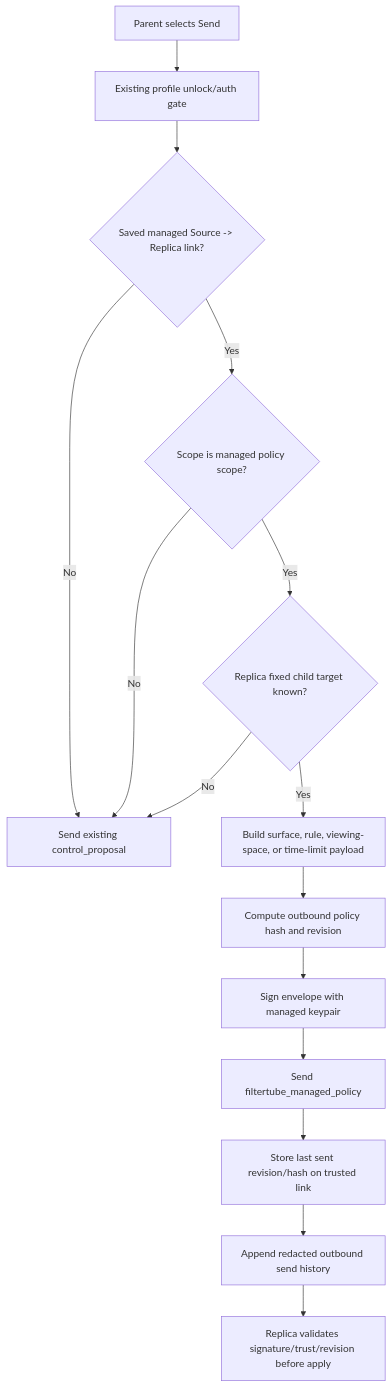
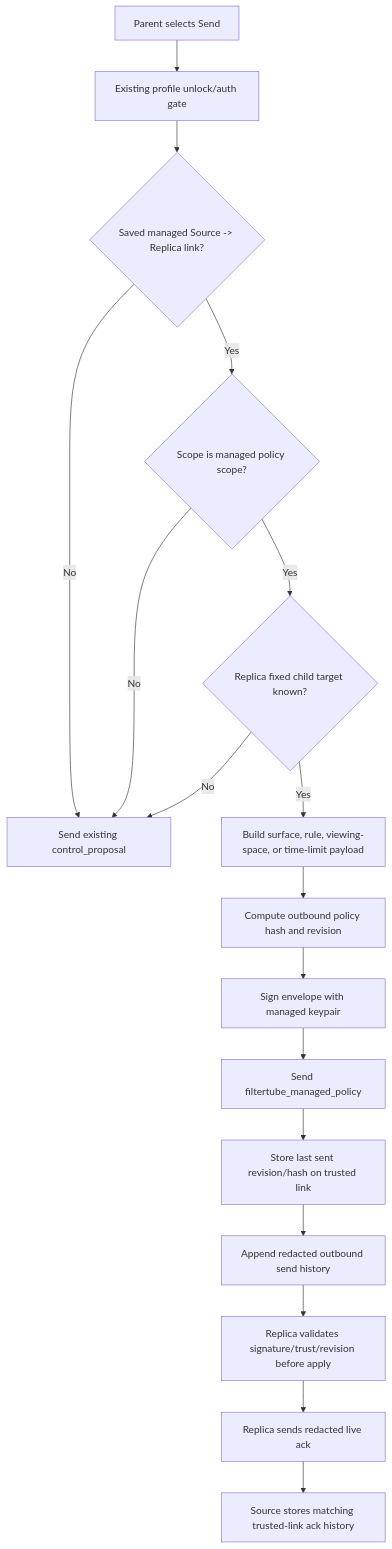
Before and after one commit to varshneydevansh/FilterTube: the diagram in docs/audit/FILTERTUBE_NANAH_MANAGED_LIVE_SIGNED_SEND_2026-06-04.md, drawn with Mermaid. The commit also changed other lines of this file and 58 other files, not shown here.

Commit message:
feat: record managed Nanah live ack history

````diff
--- a/docs/audit/FILTERTUBE_NANAH_MANAGED_LIVE_SIGNED_SEND_2026-06-04.md
+++ b/docs/audit/FILTERTUBE_NANAH_MANAGED_LIVE_SIGNED_SEND_2026-06-04.md
@@ -41,17 +42,19 @@
 ```mermaid
 flowchart TD
   A["Parent selects Send"] --> B["Existing profile unlock/auth gate"]
   B --> C{"Saved managed Source -> Replica link?"}
   C -->|No| D["Send existing control_proposal"]
   C -->|Yes| E{"Scope is managed policy scope?"}
   E -->|No| D
   E -->|Yes| F{"Replica fixed child target known?"}
   F -->|No| D
   F -->|Yes| G["Build surface, rule, viewing-space, or time-limit payload"]
   G --> H["Compute outbound policy hash and revision"]
   H --> I["Sign envelope with managed keypair"]
   I --> J["Send filtertube_managed_policy"]
   J --> K["Store last sent revision/hash on trusted link"]
   K --> L["Append redacted outbound send history"]
   L --> M["Replica validates signature/trust/revision before apply"]
+  M --> N["Replica sends redacted live ack"]
+  N --> O["Source stores matching trusted-link ack history"]
 ```
````
